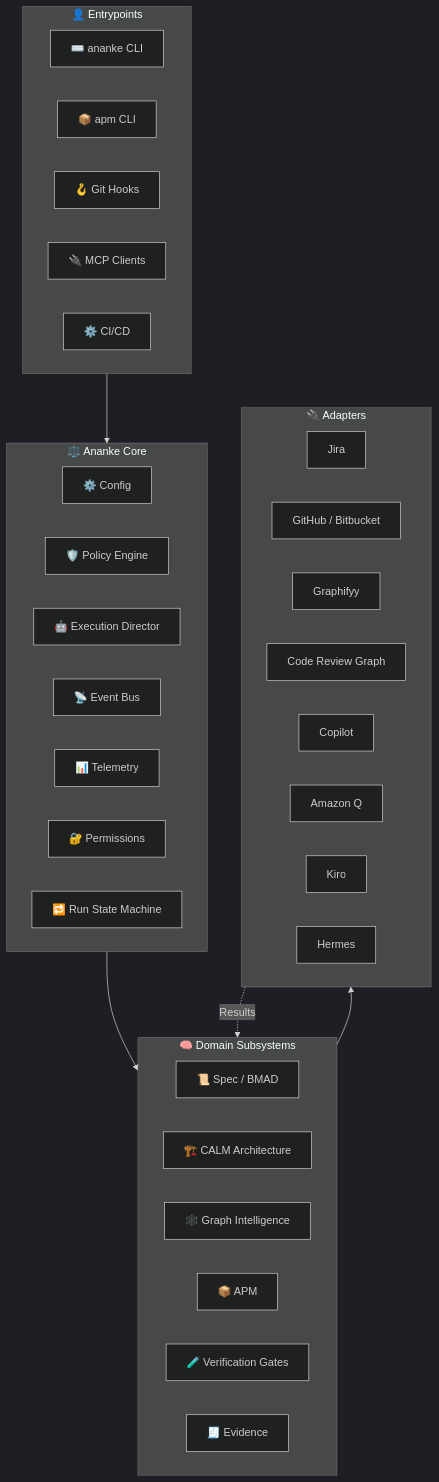
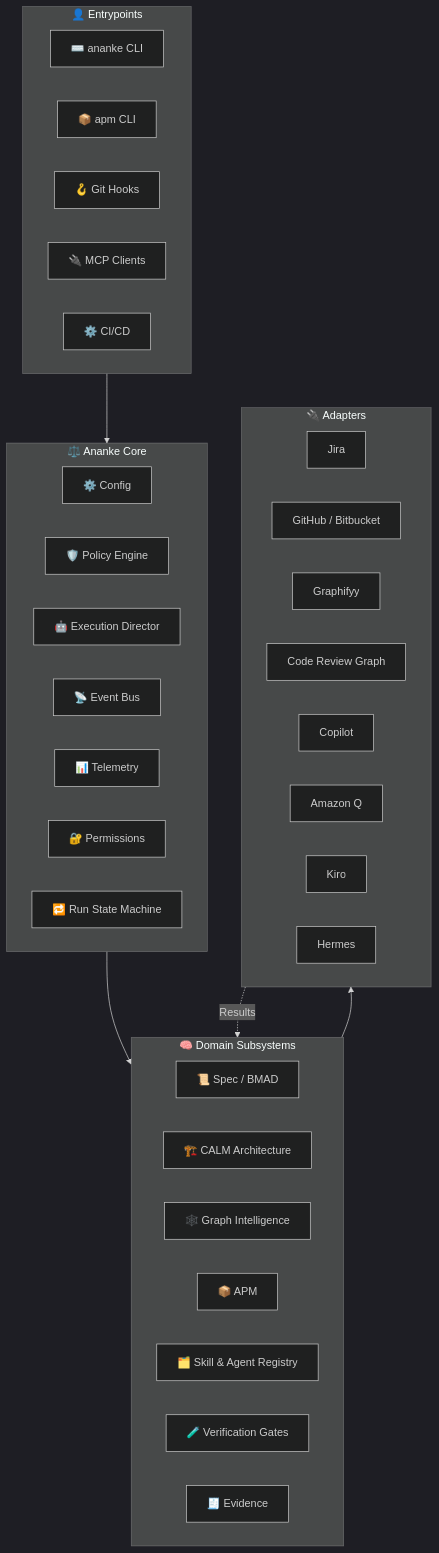
Before and after one commit to Neo-Pragnya/Ananke-Plexus: the diagram in docs/concepts/architecture.md, drawn with Mermaid (dark theme). The commit also changed other lines of this file and 121 other files, not shown here.

First line of the commit message:
release: v0.3.0 — skill & agent registry, signatures, federation

````diff
--- a/docs/concepts/architecture.md
+++ b/docs/concepts/architecture.md
@@ -7,45 +7,46 @@
 ```mermaid
 flowchart TB
     subgraph Entry["👤 Entrypoints"]
         CLI["⌨️ ananke CLI"]
         APMCLI["📦 apm CLI"]
         HOOKS["🪝 Git Hooks"]
         MCP["🔌 MCP Clients"]
         CI["⚙️ CI/CD"]
     end
 
     subgraph Core["⚖️ Ananke Core"]
         CONFIG["⚙️ Config"]
         POLICY["🛡️ Policy Engine"]
         EXEC["🤖 Execution Director"]
         EVENTS["📡 Event Bus"]
         TELEMETRY["📊 Telemetry"]
         PERM["🔐 Permissions"]
         STATE["🔁 Run State Machine"]
     end
 
     subgraph Domain["🧠 Domain Subsystems"]
         SPEC["📜 Spec / BMAD"]
         CALM["🏗️ CALM Architecture"]
         GRAPH["🕸️ Graph Intelligence"]
         APM["📦 APM"]
+        REGISTRY["🗂️ Skill & Agent Registry"]
         GATES["🧪 Verification Gates"]
         EVIDENCE["🧾 Evidence"]
     end
 
     subgraph Adapters["🔌 Adapters"]
         JIRA["Jira"] 
         SCM["GitHub / Bitbucket"]
         GRAPHIFY["Graphifyy"]
         CRG["Code Review Graph"]
         COPILOT["Copilot"] 
         Q["Amazon Q"]
         KIRO["Kiro"]
         HERMES["Hermes"]
     end
 
     Entry --> Core
     Core --> Domain
     Domain --> Adapters
     Adapters -. Results .-> Domain
 ```
````
